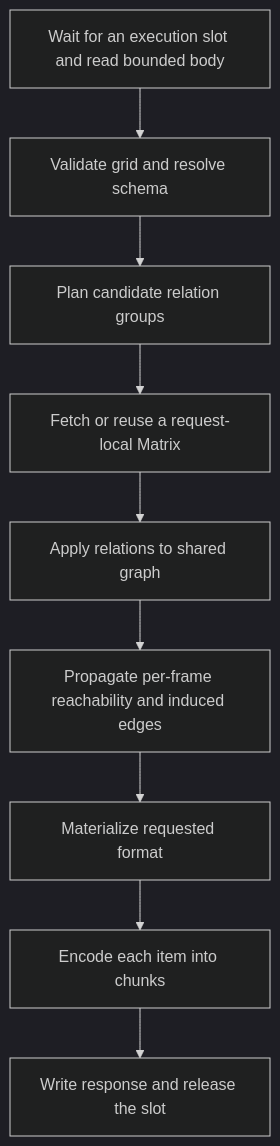
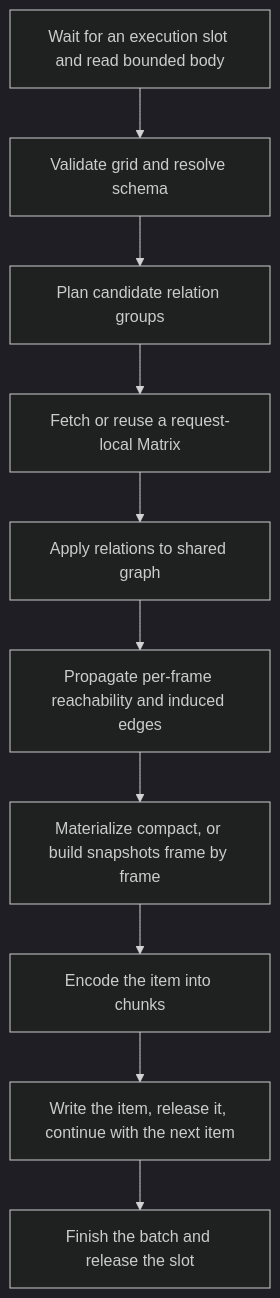
The diagram in pkg/unify-query/docs/timegraph-output-optimization.md (TencentBlueKing/bkmonitor-datalink), drawn with Mermaid (dark theme) before and after one commit. The commit also changed other lines of this file and 20 other files, not shown here.

````diff
--- a/pkg/unify-query/docs/timegraph-output-optimization.md
+++ b/pkg/unify-query/docs/timegraph-output-optimization.md
@@ -9,11 +9,12 @@
 ```mermaid
 flowchart TD
     A[Wait for an execution slot and read bounded body] --> B[Validate grid and resolve schema]
     B --> C[Plan candidate relation groups]
     C --> D[Fetch or reuse a request-local Matrix]
     D --> E[Apply relations to shared graph]
     E --> F[Propagate per-frame reachability and induced edges]
-    F --> G[Materialize requested format]
-    G --> H[Encode each item into chunks]
-    H --> I[Write response and release the slot]
+    F --> G[Materialize compact, or build snapshots frame by frame]
+    G --> H[Encode the item into chunks]
+    H --> I[Write the item, release it, continue with the next item]
+    I --> J[Finish the batch and release the slot]
 ```
````
